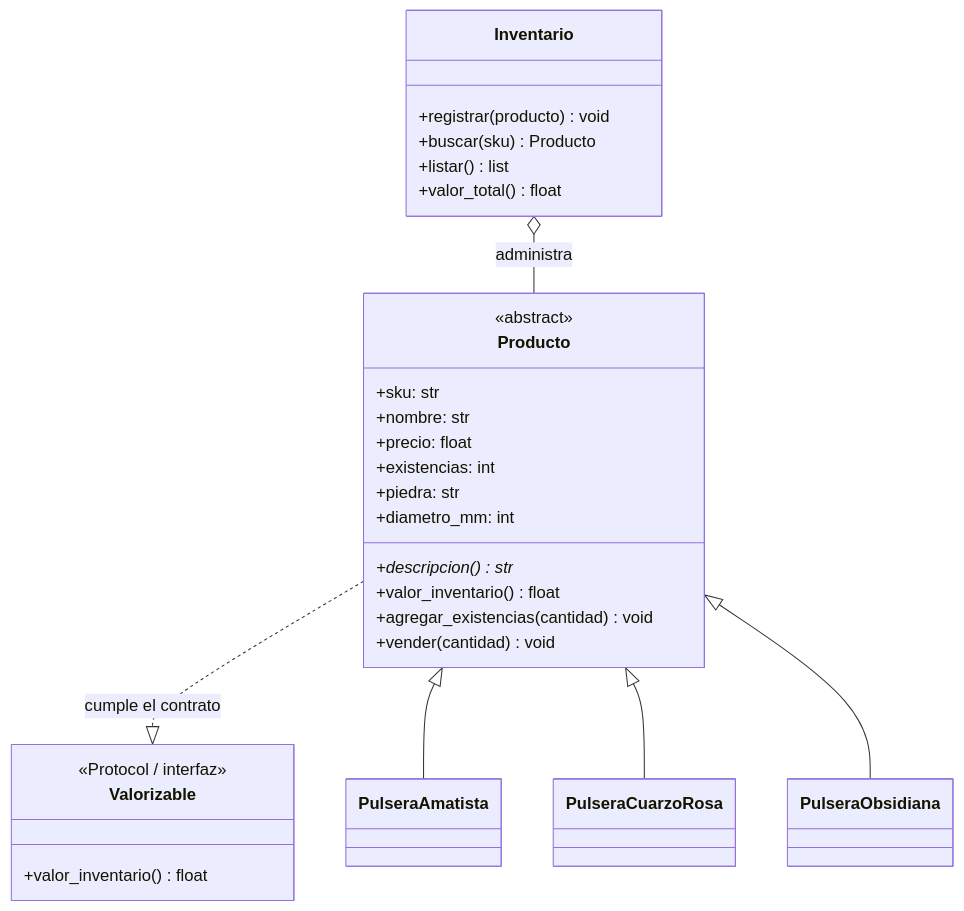
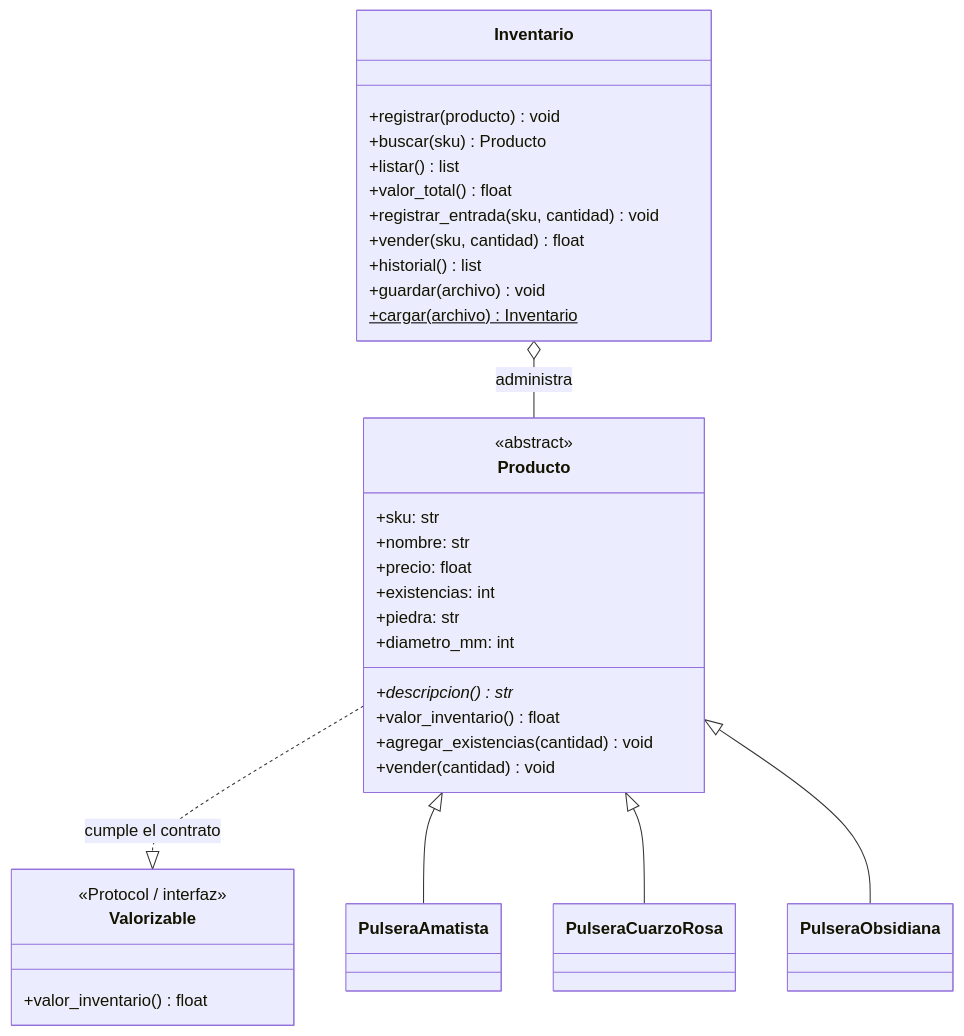
One commit to Mayrisis/Cromovital_Inventario changed the diagram in diagrama_clases.mmd. Above: the diagram before and after it, drawn with Mermaid. The commit also changed 4 other files, not shown here.

```diff
--- a/diagrama_clases.mmd
+++ b/diagrama_clases.mmd
@@ -1,32 +1,37 @@
 classDiagram
     class Valorizable {
         <<Protocol / interfaz>>
         +valor_inventario() float
     }
     class Producto {
         <<abstract>>
         +sku: str
         +nombre: str
         +precio: float
         +existencias: int
         +piedra: str
         +diametro_mm: int
         +descripcion()* str
         +valor_inventario() float
         +agregar_existencias(cantidad) void
         +vender(cantidad) void
     }
     class PulseraAmatista
     class PulseraCuarzoRosa
     class PulseraObsidiana
     class Inventario {
         +registrar(producto) void
         +buscar(sku) Producto
         +listar() list
         +valor_total() float
+        +registrar_entrada(sku, cantidad) void
+        +vender(sku, cantidad) float
+        +historial() list
+        +guardar(archivo) void
+        +cargar(archivo)$ Inventario
     }
     Producto ..|> Valorizable : cumple el contrato
     Producto <|-- PulseraAmatista
     Producto <|-- PulseraCuarzoRosa
     Producto <|-- PulseraObsidiana
     Inventario o-- Producto : administra
```
